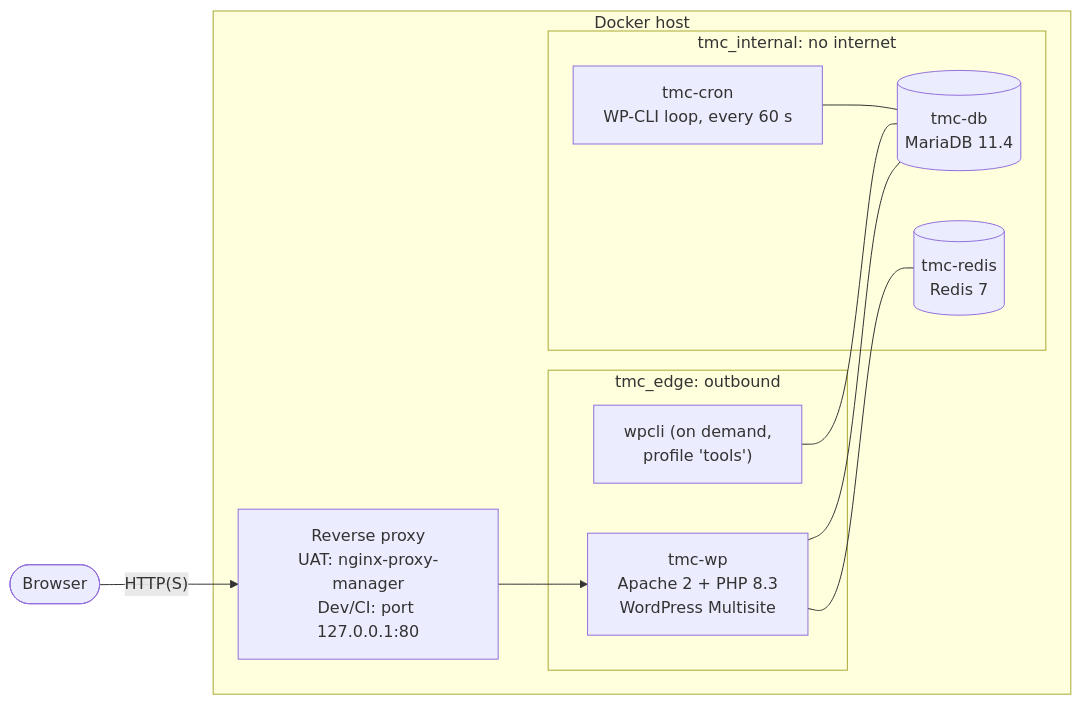
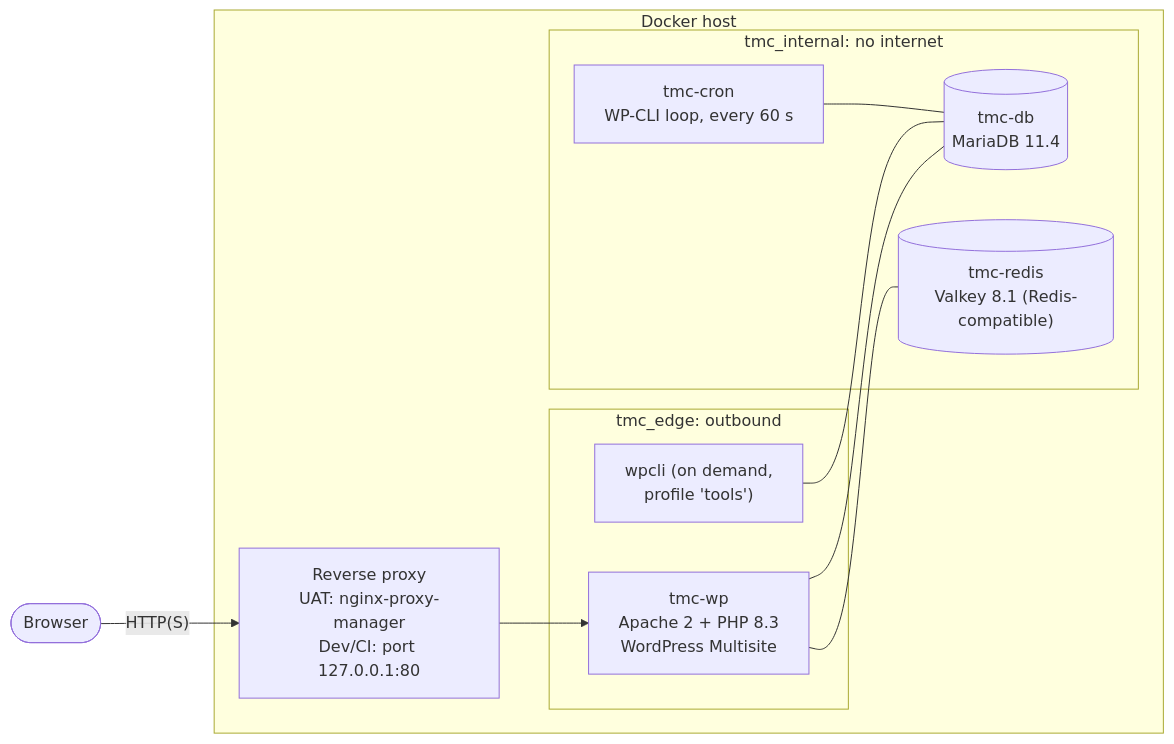
One commit to aryanpatel-ctrl/tmc-website changed the third of 6 diagrams in docs/architecture/system-architecture.md. Above: the diagram before and after it, drawn with Mermaid. The commit also changed other lines of this file and 55 other files, not shown here.

````diff
--- a/docs/architecture/system-architecture.md
+++ b/docs/architecture/system-architecture.md
@@ -133,20 +139,20 @@
 ```mermaid
 flowchart LR
     subgraph host["Docker host"]
         subgraph edge["tmc_edge: outbound"]
             wp["tmc-wp<br/>Apache 2 + PHP 8.3<br/>WordPress Multisite"]
             cli["wpcli (on demand,<br/>profile 'tools')"]
         end
         subgraph internal["tmc_internal: no internet"]
             db[("tmc-db<br/>MariaDB 11.4")]
-            redis[("tmc-redis<br/>Redis 7")]
+            redis[("tmc-redis<br/>Valkey 8.1 (Redis-compatible)")]
             cron["tmc-cron<br/>WP-CLI loop, every 60 s"]
         end
         proxy["Reverse proxy<br/>UAT: nginx-proxy-manager<br/>Dev/CI: port 127.0.0.1:80"]
     end
     user(["Browser"]) -- "HTTP(S)" --> proxy --> wp
     wp --- db
     wp --- redis
     cli --- db
     cron --- db
 ```
````
